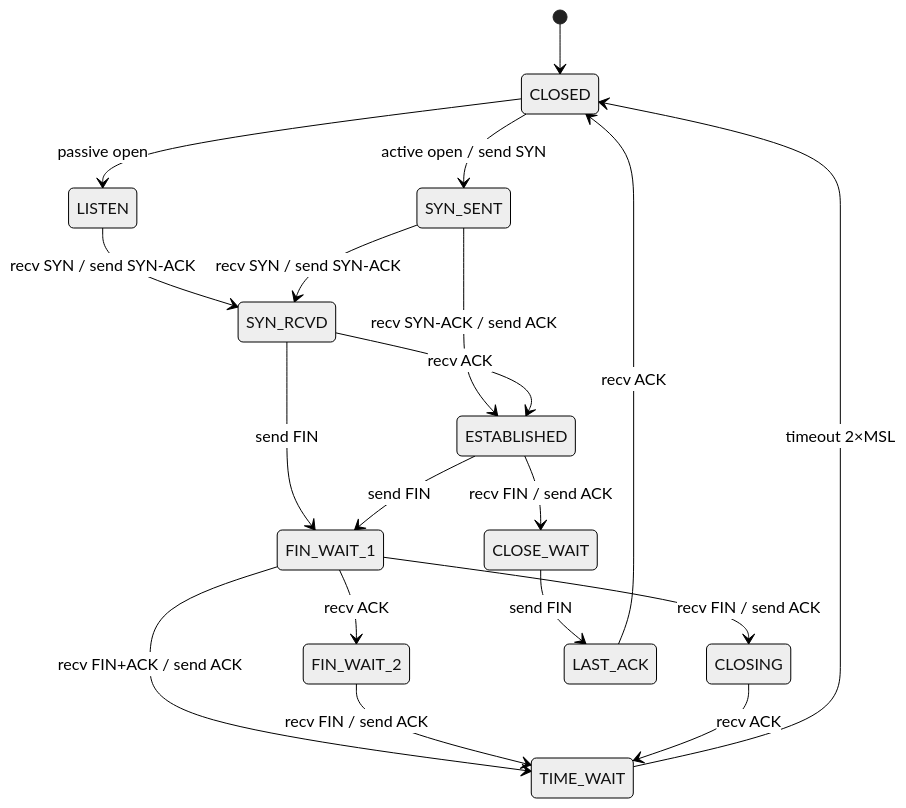
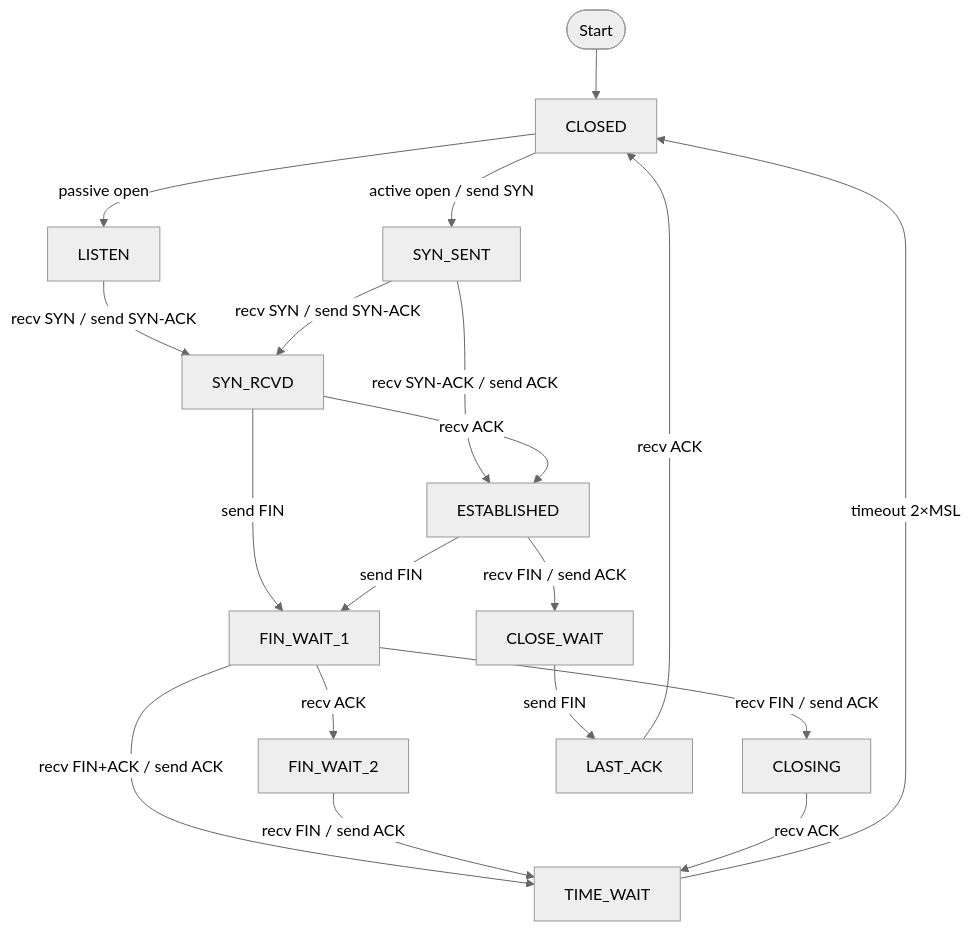
The third of 8 diagrams in topics/computing/infrastructure/networking/lesson_01_tcp_ip_protocol_suite.md (blebleblee/synapse), drawn with Mermaid (neutral theme) before and after one commit. The commit also changed other lines of this file and 1464 other files, not shown here.

Commit message:
feat(release): curriculum vector mermaid upgrade, render hardening, and master synpack

````diff
--- a/topics/computing/infrastructure/networking/lesson_01_tcp_ip_protocol_suite.md
+++ b/topics/computing/infrastructure/networking/lesson_01_tcp_ip_protocol_suite.md
@@ -223,29 +223,41 @@
 ```mermaid
-stateDiagram-v2
-    [*] --> CLOSED
-
-    CLOSED --> LISTEN : passive open
-    CLOSED --> SYN_SENT : active open / send SYN
-
-    LISTEN --> SYN_RCVD : recv SYN / send SYN-ACK
-    SYN_SENT --> SYN_RCVD : recv SYN / send SYN-ACK
-    SYN_SENT --> ESTABLISHED : recv SYN-ACK / send ACK
-
-    SYN_RCVD --> ESTABLISHED : recv ACK
-    SYN_RCVD --> FIN_WAIT_1 : send FIN
-
-    ESTABLISHED --> FIN_WAIT_1 : send FIN
-    ESTABLISHED --> CLOSE_WAIT : recv FIN / send ACK
-
-    FIN_WAIT_1 --> FIN_WAIT_2 : recv ACK
-    FIN_WAIT_1 --> CLOSING : recv FIN / send ACK
-    FIN_WAIT_1 --> TIME_WAIT : recv FIN+ACK / send ACK
-
-    FIN_WAIT_2 --> TIME_WAIT : recv FIN / send ACK
-    CLOSING --> TIME_WAIT : recv ACK
-
-    CLOSE_WAIT --> LAST_ACK : send FIN
-    LAST_ACK --> CLOSED : recv ACK
-
-    TIME_WAIT --> CLOSED : timeout 2×MSL
+flowchart TD
+    START([Start]) --> CLOSED
+    
+    CLOSED["CLOSED"]
+    LISTEN["LISTEN"]
+    SYN_SENT["SYN_SENT"]
+    SYN_RCVD["SYN_RCVD"]
+    ESTABLISHED["ESTABLISHED"]
+    FIN_WAIT_1["FIN_WAIT_1"]
+    FIN_WAIT_2["FIN_WAIT_2"]
+    CLOSING["CLOSING"]
+    TIME_WAIT["TIME_WAIT"]
+    CLOSE_WAIT["CLOSE_WAIT"]
+    LAST_ACK["LAST_ACK"]
+    
+    CLOSED -->|"passive open"| LISTEN
+    CLOSED -->|"active open / send SYN"| SYN_SENT
+    
+    LISTEN -->|"recv SYN / send SYN-ACK"| SYN_RCVD
+    SYN_SENT -->|"recv SYN / send SYN-ACK"| SYN_RCVD
+    SYN_SENT -->|"recv SYN-ACK / send ACK"| ESTABLISHED
+    
+    SYN_RCVD -->|"recv ACK"| ESTABLISHED
+    SYN_RCVD -->|"send FIN"| FIN_WAIT_1
+    
+    ESTABLISHED -->|"send FIN"| FIN_WAIT_1
+    ESTABLISHED -->|"recv FIN / send ACK"| CLOSE_WAIT
+    
+    FIN_WAIT_1 -->|"recv ACK"| FIN_WAIT_2
+    FIN_WAIT_1 -->|"recv FIN / send ACK"| CLOSING
+    FIN_WAIT_1 -->|"recv FIN+ACK / send ACK"| TIME_WAIT
+    
+    FIN_WAIT_2 -->|"recv FIN / send ACK"| TIME_WAIT
+    CLOSING -->|"recv ACK"| TIME_WAIT
+    
+    CLOSE_WAIT -->|"send FIN"| LAST_ACK
+    LAST_ACK -->|"recv ACK"| CLOSED
+    
+    TIME_WAIT -->|"timeout 2×MSL"| CLOSED
 ```
````
